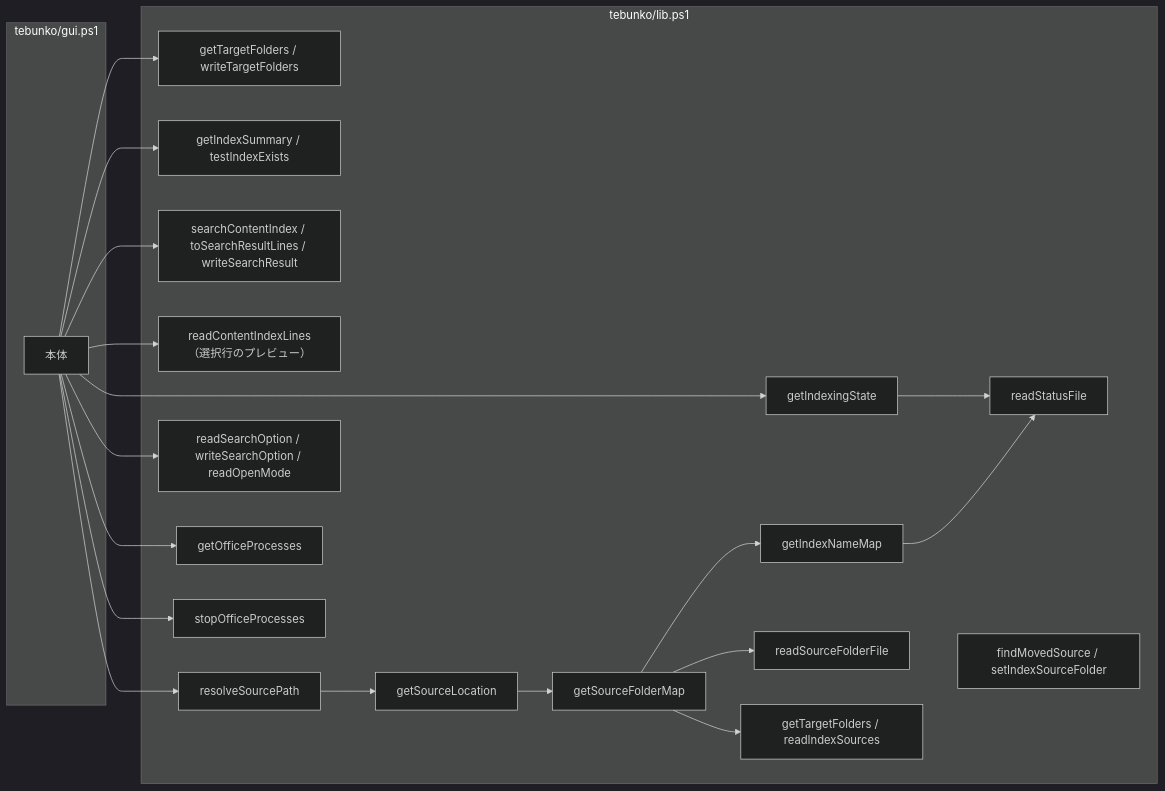
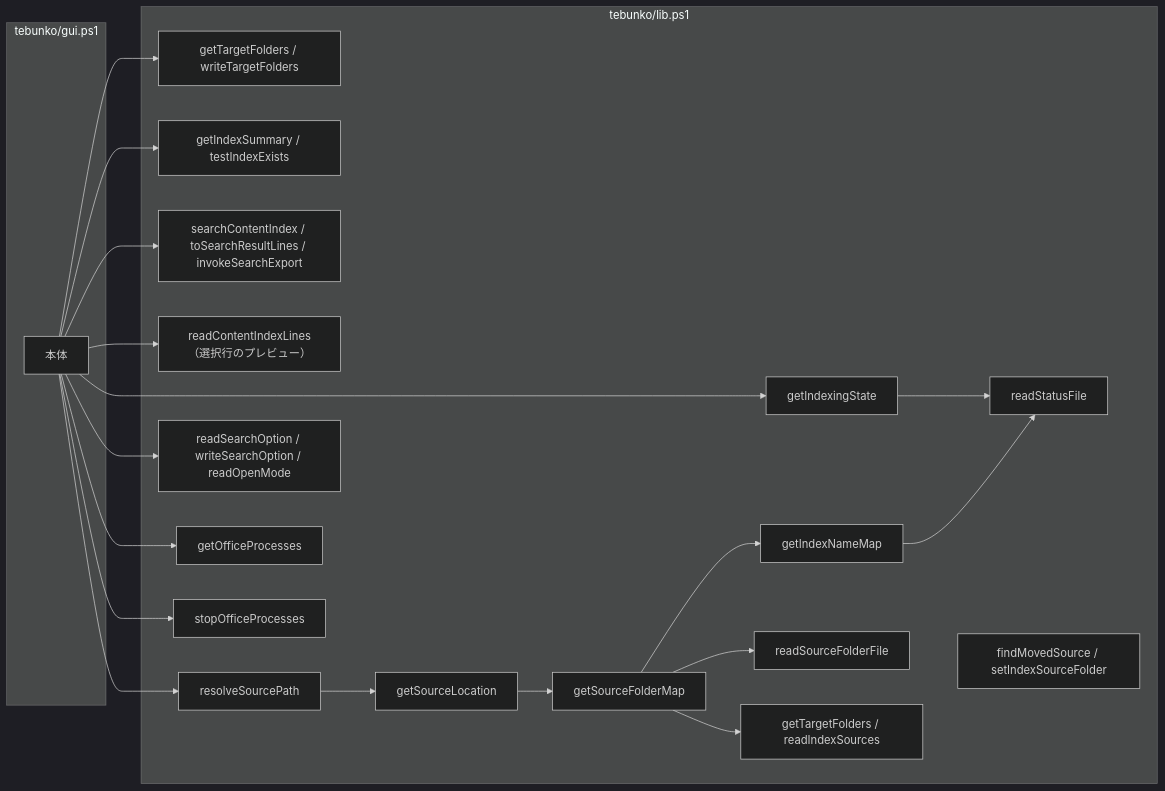
Before and after one commit to hsgwa/tebunko: the third of 3 diagrams in docs/design/reference/index.md, drawn with Mermaid (dark theme). The commit also changed other lines of this file and 15 other files, not shown here.

````diff
--- a/docs/design/reference/index.md
+++ b/docs/design/reference/index.md
@@ -100,22 +101,22 @@
 ```mermaid
 flowchart LR
     subgraph GUI["tebunko/gui.ps1"]
         G["本体"]
     end
     subgraph CMS2["tebunko/lib.ps1"]
         TF["getTargetFolders / writeTargetFolders"]
         CS["getIndexingState"] --> RSF2["readStatusFile"]
         SUM["getIndexSummary / testIndexExists"]
-        SI2["searchContentIndex / toSearchResultLines / writeSearchResult"]
+        SI2["searchContentIndex / toSearchResultLines / invokeSearchExport"]
         RPC["readContentIndexLines（選択行のプレビュー）"]
         RSP["resolveSourcePath"] --> SL["getSourceLocation"] --> SFM["getSourceFolderMap"] --> INM["getIndexNameMap"] --> RSF2
         SFM --> RSFF["readSourceFolderFile"]
         SFM --> TGT["getTargetFolders / readIndexSources"]
         RPL["findMovedSource / setIndexSourceFolder"]
         OPT["readSearchOption / writeSearchOption / readOpenMode"]
         GOP["getOfficeProcesses"]
         SOP["stopOfficeProcesses"]
     end
 
     G --> TF & CS & SUM & SI2 & RPC & RSP & OPT & GOP & SOP
 ```
````
